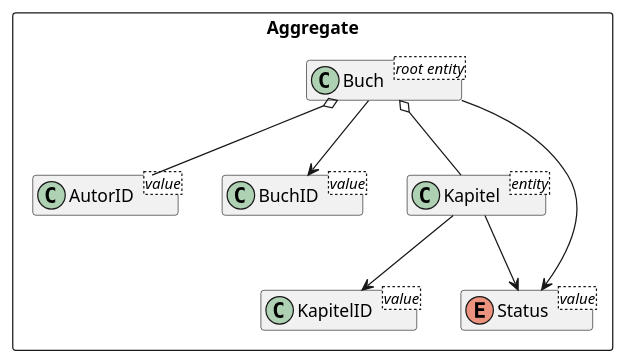
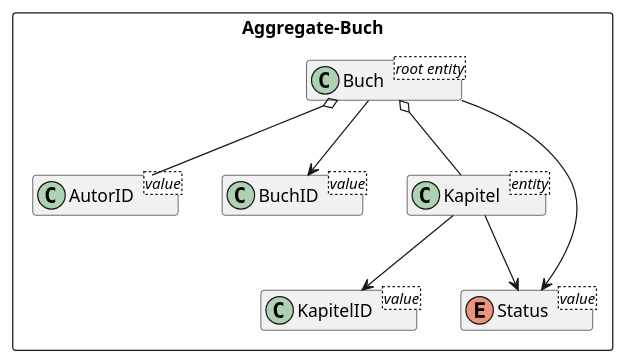
The diagram in src/uml/aggregate.puml (JosephAlzieb/vorlagen), drawn with PlantUML before and after one commit.

Commit message:
Aggregate name

```diff
--- a/src/uml/aggregate.puml
+++ b/src/uml/aggregate.puml
@@ -1,23 +1,23 @@
 @startuml
 'https://plantuml.com/class-diagram
 
-package Aggregate <<Rectangle>> {
+package Aggregate-Buch <<Rectangle>> {
   class Buch <root entity>
   class AutorID <value>
   class BuchID <value>
   class Kapitel <entity>
   class KapitelID <value>
   enum Status <value>
 
 
   Buch o-- Kapitel
   Buch o-- AutorID
   Buch --> BuchID
   Kapitel --> Status
   Kapitel -->KapitelID
   Buch --> Status
 
 }
 
 hide members
 @enduml
```
